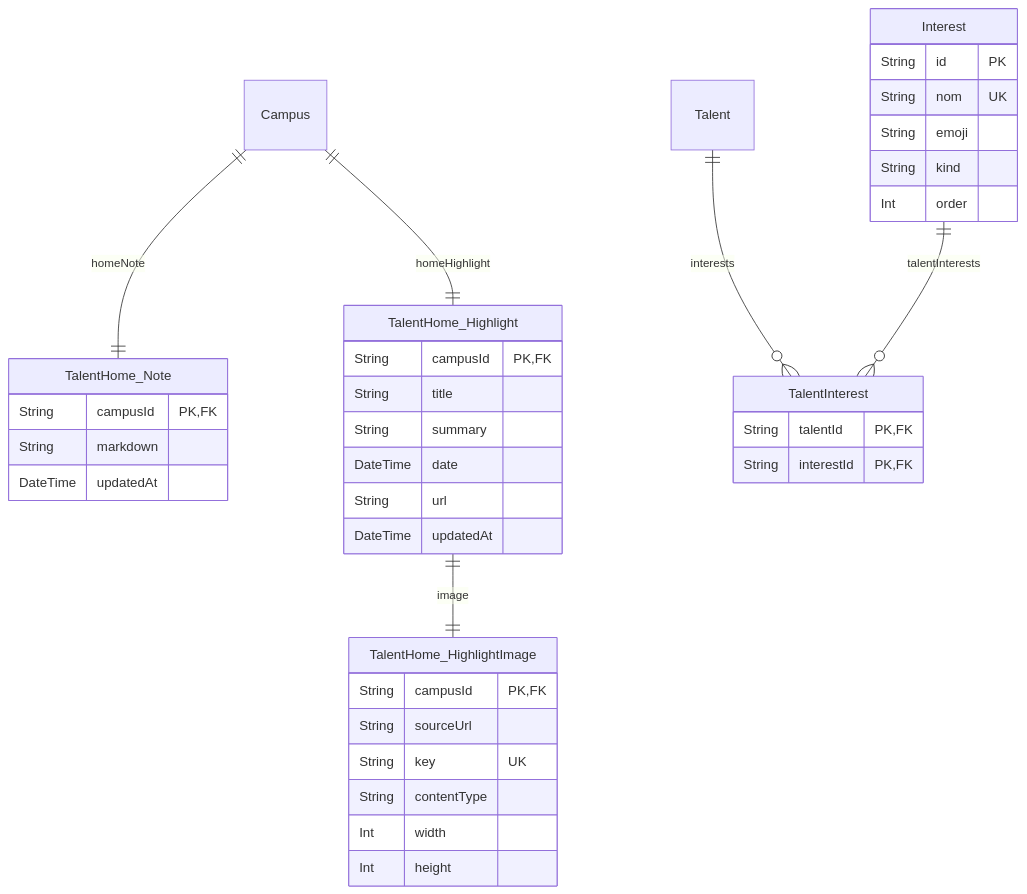
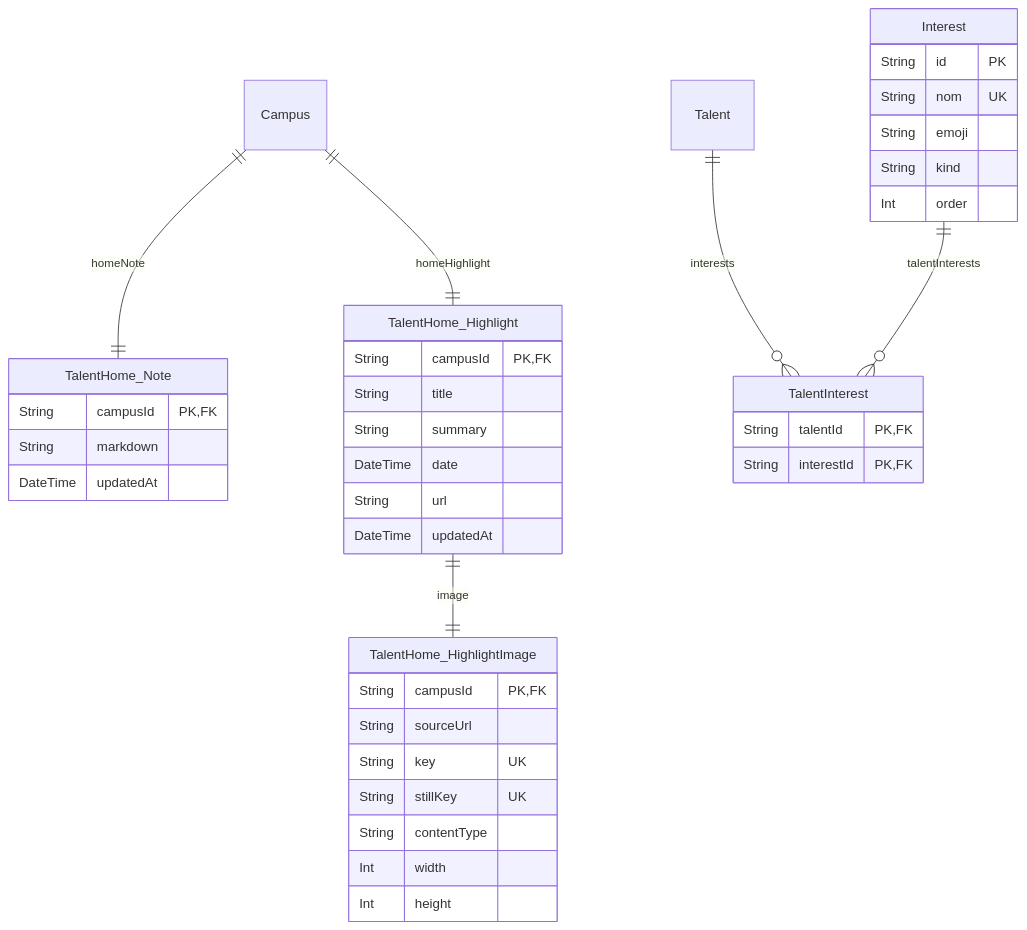
Before and after one commit to Manta-Epitech-Academy/jump: the tenth of 13 diagrams in frontend/docs/database.md, drawn with Mermaid. The commit also changed other lines of this file and 3 other files, not shown here.

````diff
--- a/frontend/docs/database.md
+++ b/frontend/docs/database.md
@@ -909,44 +911,45 @@
 ```mermaid
 erDiagram
   TalentHome_Note {
     String campusId PK,FK
     String markdown
     DateTime updatedAt
   }
   TalentHome_Highlight {
     String campusId PK,FK
     String title
     String summary
     DateTime date
     String url
     DateTime updatedAt
   }
   TalentHome_HighlightImage {
     String campusId PK,FK
     String sourceUrl
     String key UK
+    String stillKey UK
     String contentType
     Int width
     Int height
   }
   Interest {
     String id PK
     String nom UK
     String emoji
     String kind
     Int order
   }
   TalentInterest {
     String talentId PK,FK
     String interestId PK,FK
   }
   Talent {
   }
   Campus {
   }
   Talent ||--o{ TalentInterest : "interests"
   Campus ||--|| TalentHome_Note : "homeNote"
   Campus ||--|| TalentHome_Highlight : "homeHighlight"
   TalentHome_Highlight ||--|| TalentHome_HighlightImage : "image"
   Interest ||--o{ TalentInterest : "talentInterests"
 ```
````
